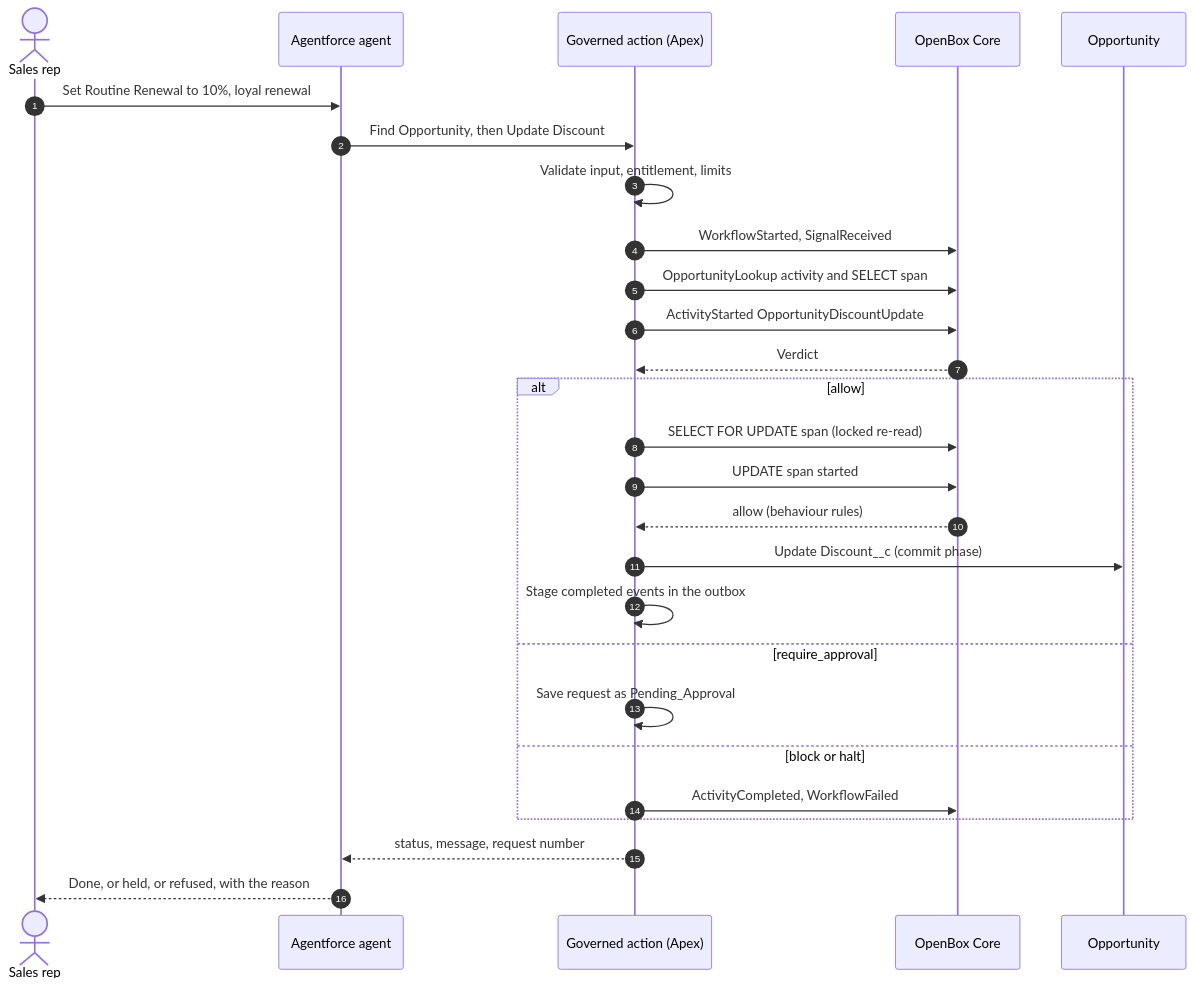
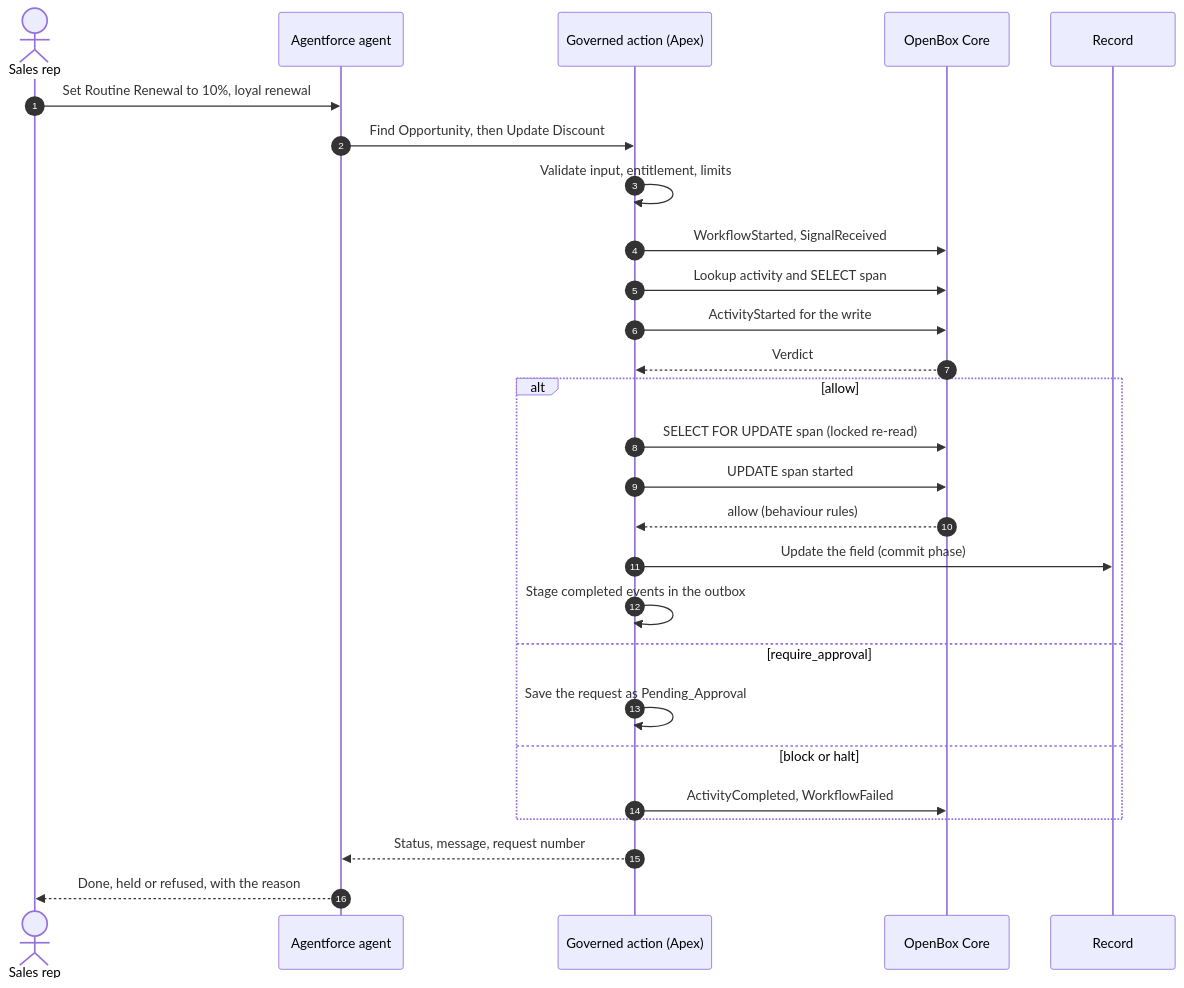
One commit to OpenBox-AI/openbox-agentforce-sdk changed the fourth of 7 diagrams in README.md. Above: the diagram before and after it, drawn with Mermaid. The commit also changed other lines of this file and 2 other files, not shown here.

````diff
--- a/README.md
+++ b/README.md
@@ -262,32 +180,32 @@
 ```mermaid
 sequenceDiagram
   autonumber
   actor Rep as Sales rep
   participant Agent as Agentforce agent
   participant Apex as Governed action (Apex)
   participant Core as OpenBox Core
-  participant Opp as Opportunity
+  participant Rec as Record
 
   Rep->>Agent: Set Routine Renewal to 10%, loyal renewal
   Agent->>Apex: Find Opportunity, then Update Discount
   Apex->>Apex: Validate input, entitlement, limits
   Apex->>Core: WorkflowStarted, SignalReceived
-  Apex->>Core: OpportunityLookup activity and SELECT span
-  Apex->>Core: ActivityStarted OpportunityDiscountUpdate
+  Apex->>Core: Lookup activity and SELECT span
+  Apex->>Core: ActivityStarted for the write
   Core-->>Apex: Verdict
 
   alt allow
     Apex->>Core: SELECT FOR UPDATE span (locked re-read)
     Apex->>Core: UPDATE span started
     Core-->>Apex: allow (behaviour rules)
-    Apex->>Opp: Update Discount__c (commit phase)
+    Apex->>Rec: Update the field (commit phase)
     Apex->>Apex: Stage completed events in the outbox
   else require_approval
-    Apex->>Apex: Save request as Pending_Approval
+    Apex->>Apex: Save the request as Pending_Approval
   else block or halt
     Apex->>Core: ActivityCompleted, WorkflowFailed
   end
 
-  Apex-->>Agent: status, message, request number
-  Agent-->>Rep: Done, or held, or refused, with the reason
+  Apex-->>Agent: Status, message, request number
+  Agent-->>Rep: Done, held or refused, with the reason
 ```
````
